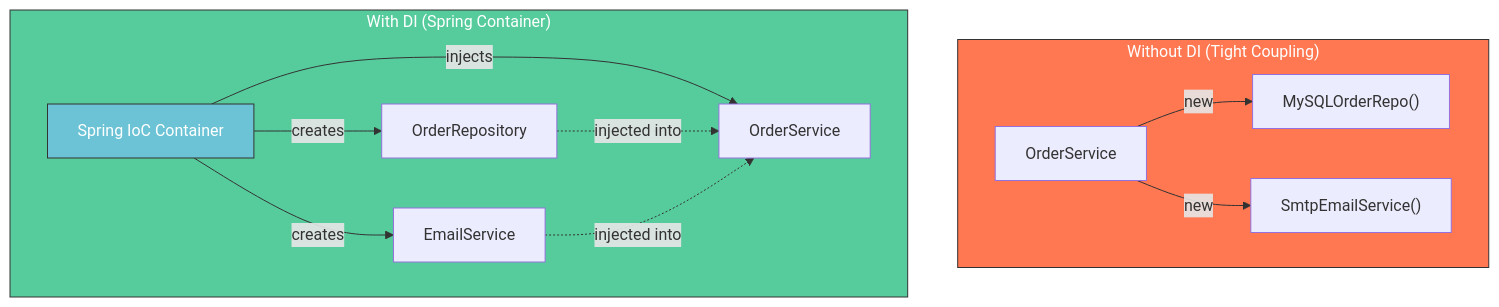
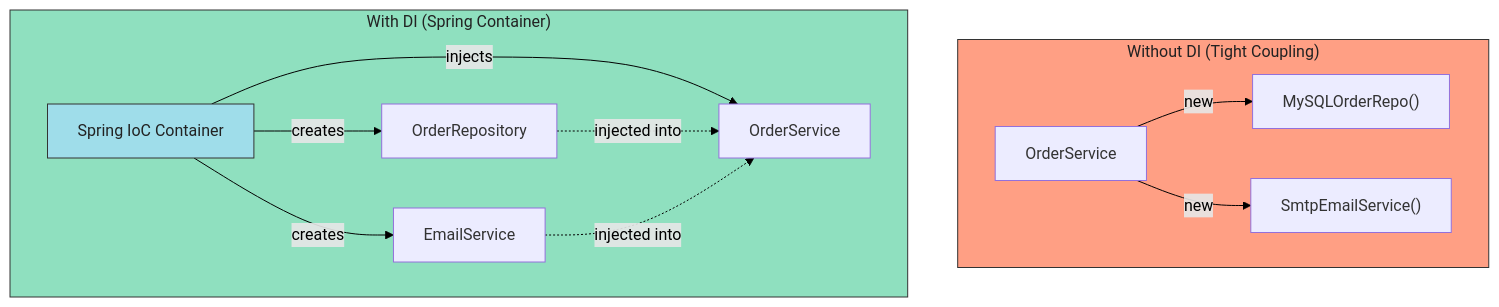
One commit to tanquangduong/tanquangduong.github.io changed the first of 10 diagrams in posts/design-pattern/Design-Pattern-Interview-QA-2.qmd. Above: the diagram before and after it, drawn with Mermaid. The commit also changed other lines of this file and 204 other files, not shown here.

````diff
--- a/posts/design-pattern/Design-Pattern-Interview-QA-2.qmd
+++ b/posts/design-pattern/Design-Pattern-Interview-QA-2.qmd
@@ -35,20 +35,21 @@
 ```{mermaid}
 graph TD
+    linkStyle default stroke:#000,color:#000
     subgraph Without["Without DI (Tight Coupling)"]
         A["OrderService"] -->|"new"| B["MySQLOrderRepo()"]
         A -->|"new"| C["SmtpEmailService()"]
     end
 
     subgraph With["With DI (Spring Container)"]
         CONTAINER["Spring IoC Container"]
         CONTAINER -->|"injects"| D["OrderService"]
         CONTAINER -->|"creates"| E["OrderRepository"]
         CONTAINER -->|"creates"| F["EmailService"]
         E -.->|"injected into"| D
         F -.->|"injected into"| D
     end
 
-    style Without fill:#ff7851,stroke:#333,color:#fff
-    style With fill:#56cc9d,stroke:#333,color:#fff
-    style CONTAINER fill:#6cc3d5,stroke:#333,color:#fff
+    style Without fill:#ff9f84,stroke:#333,color:#222
+    style With fill:#8fe0bf,stroke:#333,color:#222
+    style CONTAINER fill:#9fddea,stroke:#333,color:#222
 ```
````
